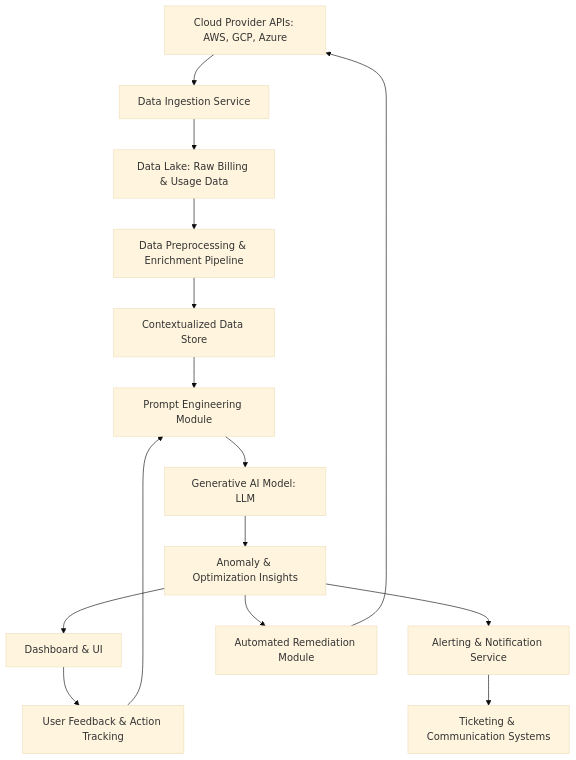
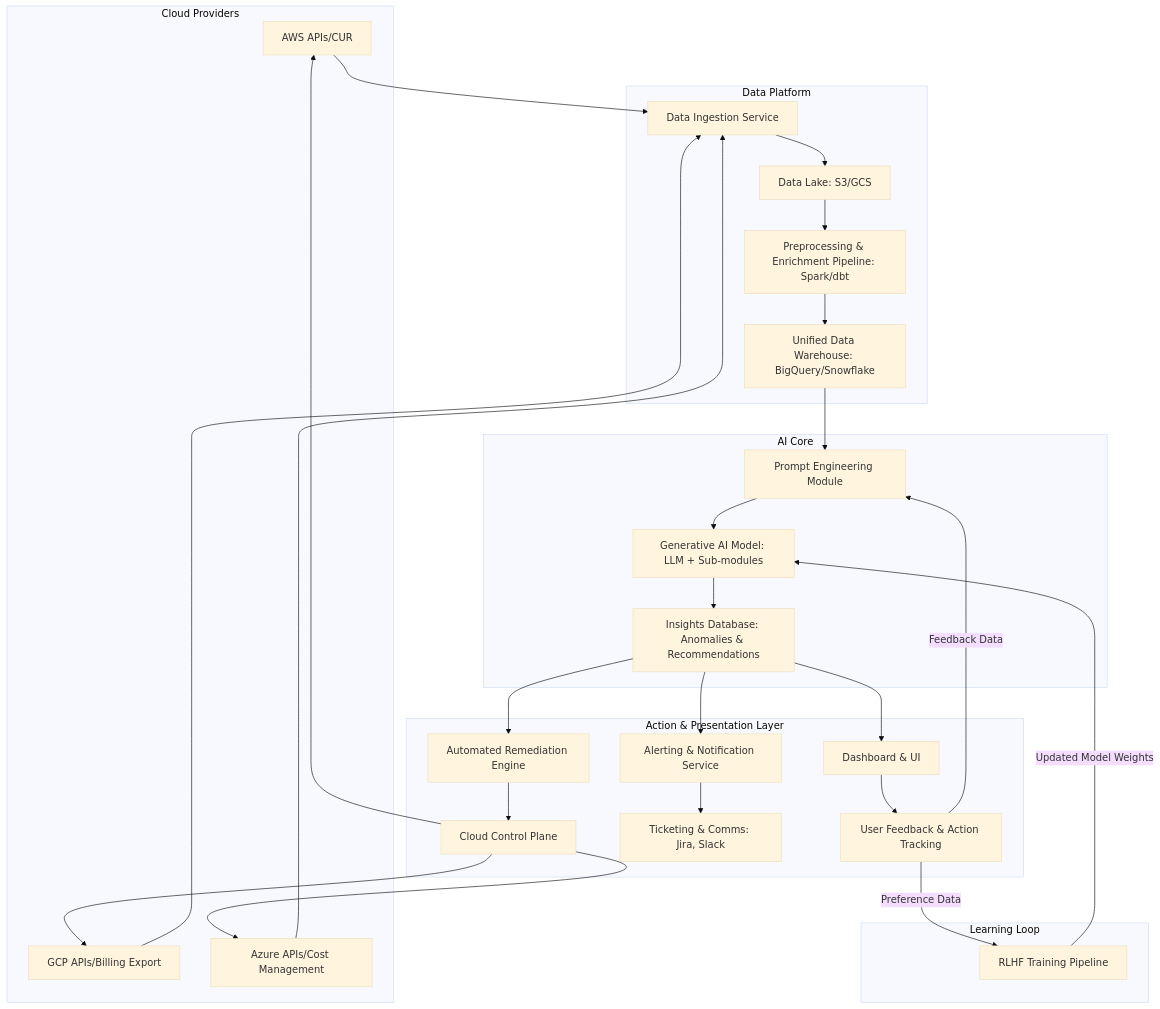
Before and after one commit to diplomat-bit/Citibank_Demo_Business_Inc_Demonstration-: the first of 10 diagrams in inventions/051_ai_cloud_cost_optimization.md, drawn with Mermaid (base theme). The commit also changed other lines of this file, not shown here.

Commit message:
[AI] Edit: inventions/051_ai_cloud_cost_optimization.md

````diff
--- a/inventions/051_ai_cloud_cost_optimization.md
+++ b/inventions/051_ai_cloud_cost_optimization.md
@@ -32,17 +98,38 @@
 ```mermaid
 graph TD
-    A[Cloud Provider APIs: AWS, GCP, Azure] --> B[Data Ingestion Service]
-    B --> C[Data Lake: Raw Billing & Usage Data]
-    C --> D[Data Preprocessing & Enrichment Pipeline]
-    D --> E[Contextualized Data Store]
-    E --> F[Prompt Engineering Module]
-    F --> G[Generative AI Model: LLM]
-    G --> H[Anomaly & Optimization Insights]
-    H --> I[Dashboard & UI]
-    H --> J[Alerting & Notification Service]
-    H --> K[Automated Remediation Module]
-    I --> L[User Feedback & Action Tracking]
-    J --> N[Ticketing & Communication Systems]
-    L --> F
-    K --> A
+    subgraph Cloud Providers
+        A1[AWS APIs/CUR]
+        A2[GCP APIs/Billing Export]
+        A3[Azure APIs/Cost Management]
+    end
+
+    subgraph Data Platform
+        B[Data Ingestion Service] --> C[Data Lake: S3/GCS]
+        C --> D[Preprocessing & Enrichment Pipeline: Spark/dbt]
+        D --> E[Unified Data Warehouse: BigQuery/Snowflake]
+    end
+    
+    subgraph AI Core
+        E --> F[Prompt Engineering Module]
+        F --> G[Generative AI Model: LLM + Sub-modules]
+        G --> H[Insights Database: Anomalies & Recommendations]
+    end
+
+    subgraph Action & Presentation Layer
+        H --> I[Dashboard & UI]
+        H --> J[Alerting & Notification Service]
+        H --> K[Automated Remediation Engine]
+        I --> L[User Feedback & Action Tracking]
+        J --> N[Ticketing & Comms: Jira, Slack]
+        K --> O[Cloud Control Plane]
+    end
+
+    subgraph Learning Loop
+        L -- Feedback Data --> F
+        L -- Preference Data --> M[RLHF Training Pipeline]
+        M -- Updated Model Weights --> G
+    end
+
+    A1 & A2 & A3 --> B
+    O --> A1 & A2 & A3
 ```
````
